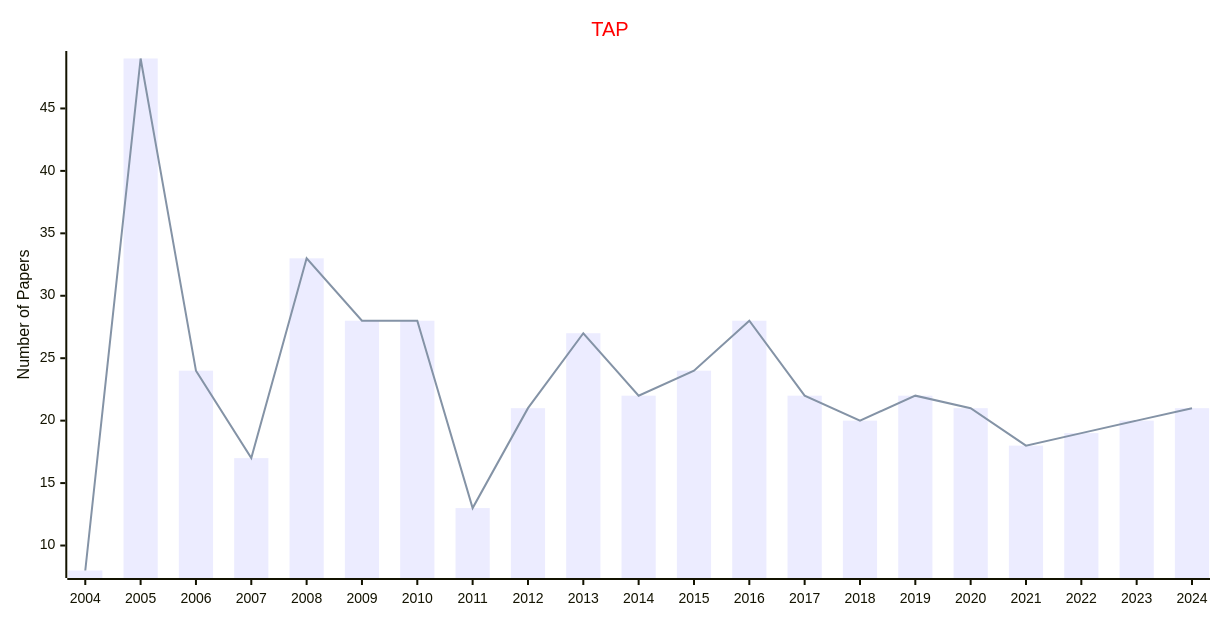
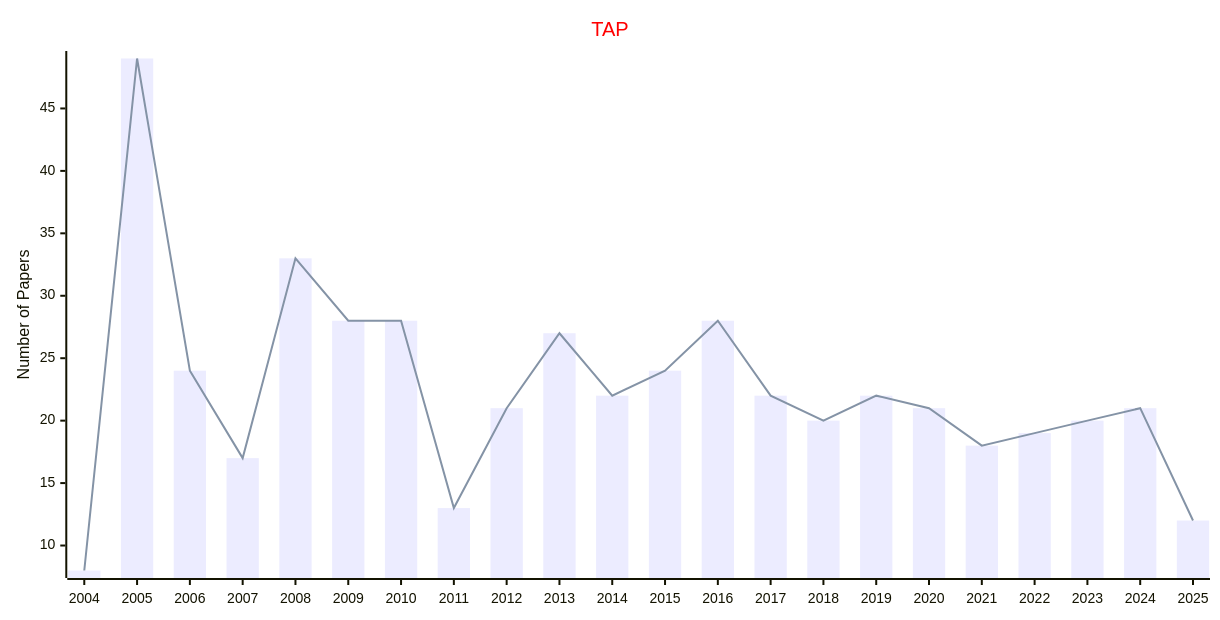
One commit to Easy-PhD/AILinks changed the diagram in docs/data/Journals/Statistics_Journals/Psychology.md. Above: the diagram before and after it, drawn with Mermaid. The commit also changed 93 other files, not shown here.

````diff
--- a/docs/data/Journals/Statistics_Journals/Psychology.md
+++ b/docs/data/Journals/Statistics_Journals/Psychology.md
@@ -9,17 +9,17 @@
 ```mermaid
 ---
 config:
     xyChart:
         width: 1200
         height: 600
     themeVariables:
         xyChart:
             titleColor: "#ff0000"
 ---
 xychart-beta
     title "TAP"
-    x-axis [2004, 2005, 2006, 2007, 2008, 2009, 2010, 2011, 2012, 2013, 2014, 2015, 2016, 2017, 2018, 2019, 2020, 2021, 2022, 2023, 2024]
+    x-axis [2004, 2005, 2006, 2007, 2008, 2009, 2010, 2011, 2012, 2013, 2014, 2015, 2016, 2017, 2018, 2019, 2020, 2021, 2022, 2023, 2024, 2025]
     y-axis "Number of Papers"
-    bar [8, 49, 24, 17, 33, 28, 28, 13, 21, 27, 22, 24, 28, 22, 20, 22, 21, 18, 19, 20, 21]
-    line [8, 49, 24, 17, 33, 28, 28, 13, 21, 27, 22, 24, 28, 22, 20, 22, 21, 18, 19, 20, 21]
+    bar [8, 49, 24, 17, 33, 28, 28, 13, 21, 27, 22, 24, 28, 22, 20, 22, 21, 18, 19, 20, 21, 12]
+    line [8, 49, 24, 17, 33, 28, 28, 13, 21, 27, 22, 24, 28, 22, 20, 22, 21, 18, 19, 20, 21, 12]
 ```
````
